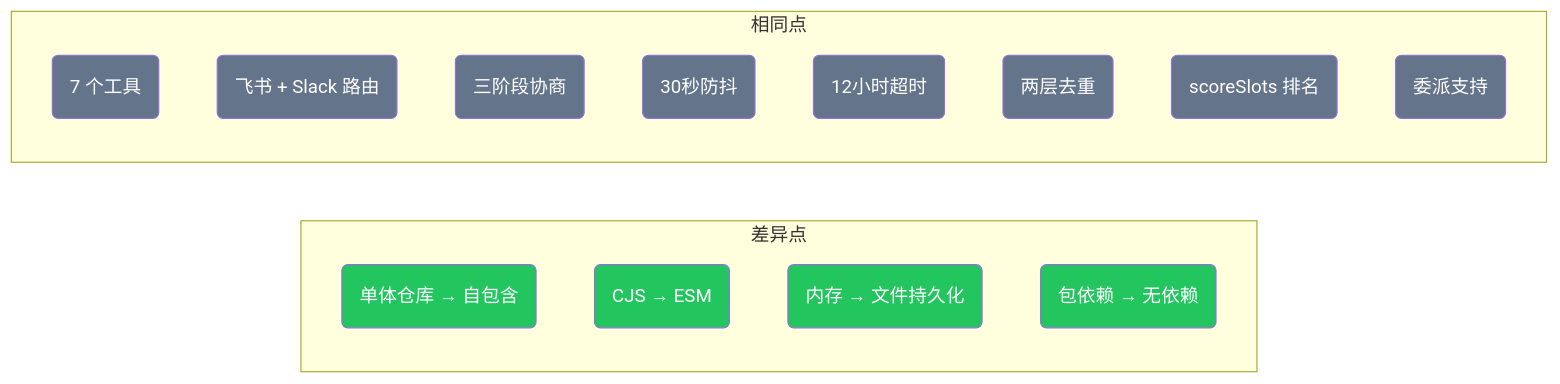
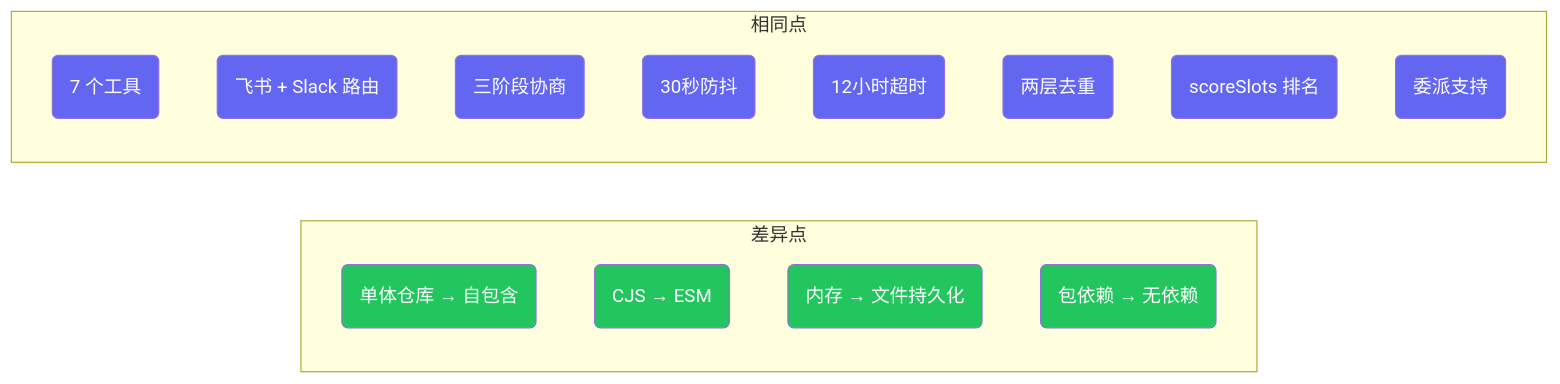
The seventh of 7 diagrams in README.zh-CN.md (javana3/claw_meeting_all), drawn with Mermaid before and after one commit. The commit also changed other lines of this file and 4 other files, not shown here.

First line of the commit message:
docs: round all diagram nodes and update colors across 5 languages

````diff
--- a/README.zh-CN.md
+++ b/README.zh-CN.md
@@ -289,33 +289,33 @@
 ```mermaid
 graph LR
     subgraph "差异点"
         D1(单体仓库 → 自包含)
         D2(CJS → ESM)
         D3(内存 → 文件持久化)
         D4(包依赖 → 无依赖)
     end
 
     subgraph "相同点"
         S1(7 个工具)
         S2(飞书 + Slack 路由)
         S3(三阶段协商)
         S4(30秒防抖)
         S5(12小时超时)
         S6(两层去重)
         S7(scoreSlots 排名)
         S8(委派支持)
     end
 
     style D1 fill:#22c55e,color:#fff
     style D2 fill:#22c55e,color:#fff
     style D3 fill:#22c55e,color:#fff
     style D4 fill:#22c55e,color:#fff
-    style S1 fill:#64748b,color:#fff
-    style S2 fill:#64748b,color:#fff
-    style S3 fill:#64748b,color:#fff
-    style S4 fill:#64748b,color:#fff
-    style S5 fill:#64748b,color:#fff
-    style S6 fill:#64748b,color:#fff
-    style S7 fill:#64748b,color:#fff
-    style S8 fill:#64748b,color:#fff
+    style S1 fill:#6366f1,color:#fff
+    style S2 fill:#6366f1,color:#fff
+    style S3 fill:#6366f1,color:#fff
+    style S4 fill:#6366f1,color:#fff
+    style S5 fill:#6366f1,color:#fff
+    style S6 fill:#6366f1,color:#fff
+    style S7 fill:#6366f1,color:#fff
+    style S8 fill:#6366f1,color:#fff
 ```
````
